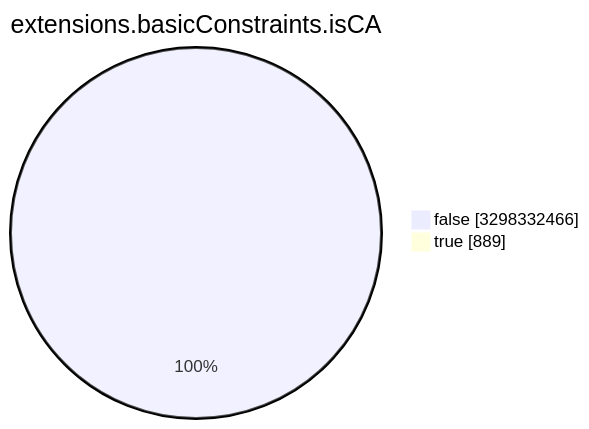
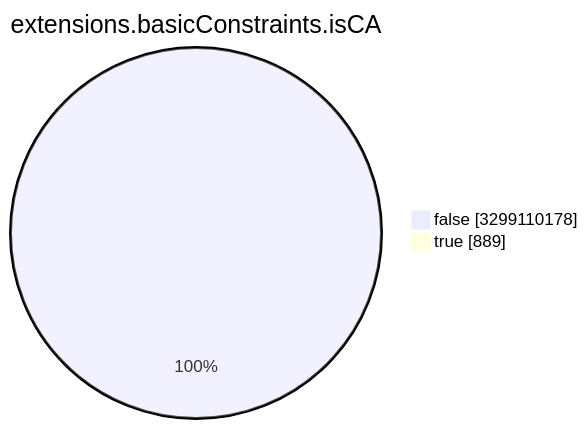
Before and after one commit to christiankrug/ctmonitor_visualization: the seventh of 15 diagrams in TOTAL/README.md, drawn with Mermaid. The commit also changed other lines of this file, not shown here.

````diff
--- a/TOTAL/README.md
+++ b/TOTAL/README.md
@@ -3089,6 +3089,6 @@
 ```mermaid
 pie showData
 title extensions.basicConstraints.isCA
-"false" :3298332466
+"false" :3299110178
 "true" :889
 ```
````
